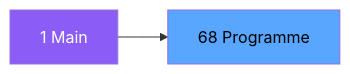
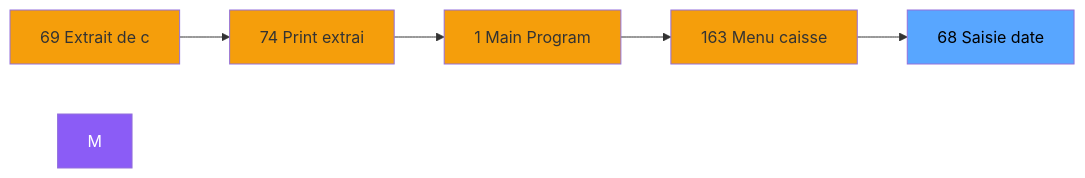
The second of 3 diagrams in .openspec/specs/ADH-IDE-68.md (thonyAGP/magic-migration), drawn with Mermaid before and after one commit. The commit also changed other lines of this file and 323 other files, not shown here.

````diff
--- a/.openspec/specs/ADH-IDE-68.md
+++ b/.openspec/specs/ADH-IDE-68.md
@@ -98,8 +114,18 @@
 ```mermaid
 graph LR
-    M[1 Main]
-    T[68 Programme]
-    M --> T
+    N69[69 Extrait de c]
+    N74[74 Print extrai]
+    N1[1 Main Program]
+    N163[163 Menu caisse ]
+    T[68  Saisie date]
+    N69 --> N74
+    N74 --> N1
+    N1 --> N163
+    N163 --> T
     style M fill:#8b5cf6,color:#fff
+    style N69 fill:#f59e0b
+    style N74 fill:#f59e0b
+    style N1 fill:#f59e0b
+    style N163 fill:#f59e0b
     style T fill:#58a6ff,color:#000
 ```
````
